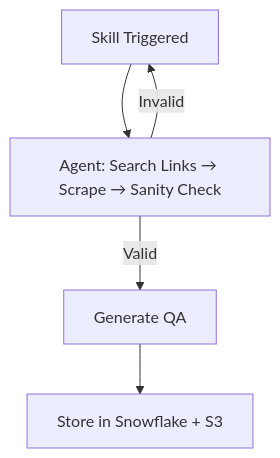
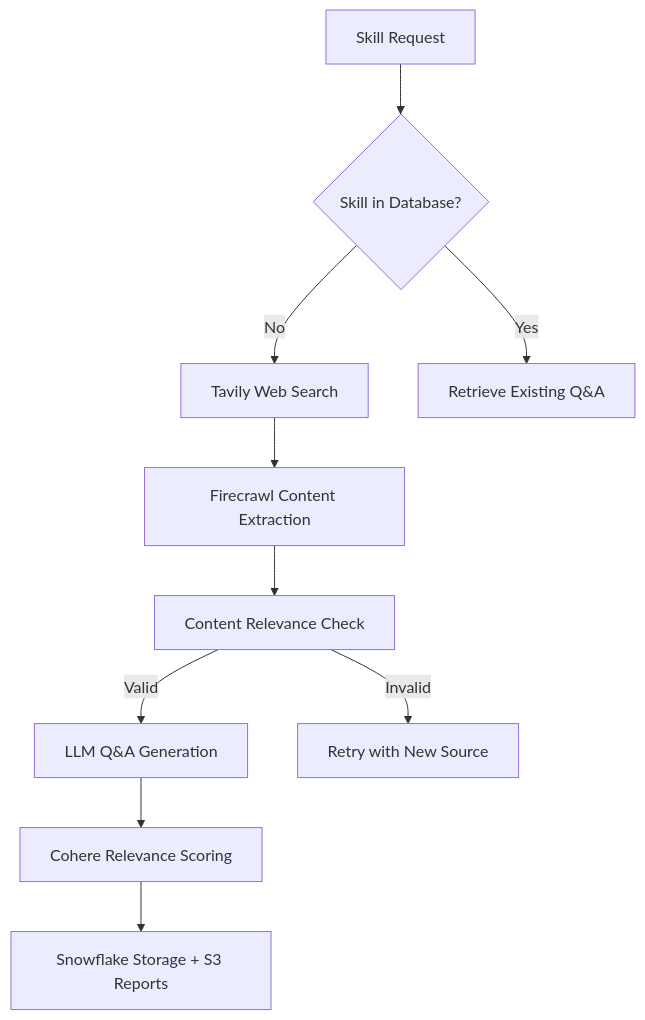
One commit to bigdata-org/BotFolio changed the third of 3 diagrams in README.md. Above: the diagram before and after it, drawn with Mermaid. The commit also changed other lines of this file, not shown here.

````diff
--- a/README.md
+++ b/README.md
@@ -141,7 +125,12 @@
 ```mermaid
 flowchart TD
-    A[Skill Triggered] --> B[Agent: Search Links → Scrape → Sanity Check]
-    B -->|Valid| C[Generate QA]
-    B -->|Invalid| A
-    C --> E[Store in Snowflake + S3]
+    A[Skill Request] --> B{Skill in Database?}
+    B -->|No| C[Tavily Web Search]
+    C --> D[Firecrawl Content Extraction]
+    D --> E[Content Relevance Check]
+    E -->|Valid| F[LLM Q&A Generation]
+    E -->|Invalid| G[Retry with New Source]
+    F --> H[Cohere Relevance Scoring]
+    H --> I[Snowflake Storage + S3 Reports]
+    B -->|Yes| J[Retrieve Existing Q&A]
 ```
````
